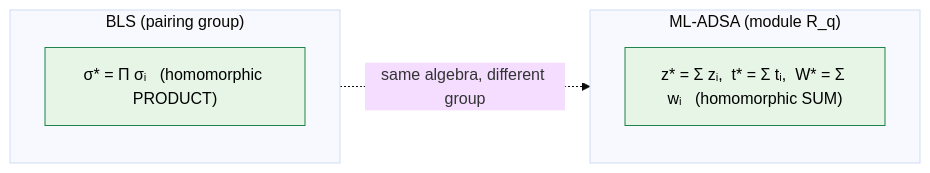
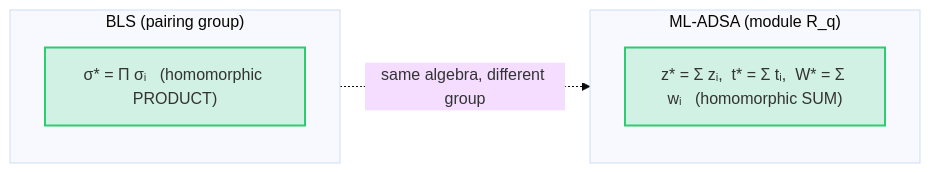
The seventh of 17 diagrams in docs/reference/41-visual-methods-and-security.md (pq-cybarg/ml-adsa-site), drawn with Mermaid (base theme) before and after one commit. The commit also changed other lines of this file, not shown here.

First line of the commit message:
docs(41): theme-adaptive Mermaid colors + 2x2 legend grid

````diff
--- a/docs/reference/41-visual-methods-and-security.md
+++ b/docs/reference/41-visual-methods-and-security.md
@@ -234,11 +239,11 @@
 ```mermaid
 flowchart LR
   subgraph BLS["BLS (pairing group)"]
     bls["σ* = Π σᵢ   (homomorphic PRODUCT)"]:::public
   end
   subgraph MLADSA["ML-ADSA (module R_q)"]
     mla["z* = Σ zᵢ,  t* = Σ tᵢ,  W* = Σ wᵢ   (homomorphic SUM)"]:::public
   end
   BLS -. "same algebra, different group" .-> MLADSA
-  classDef public fill:#e6f5e6,stroke:#1e8449,color:#000;
+  classDef public fill:#2ecc7130,stroke:#2ecc71,stroke-width:2px;
 ```
````
